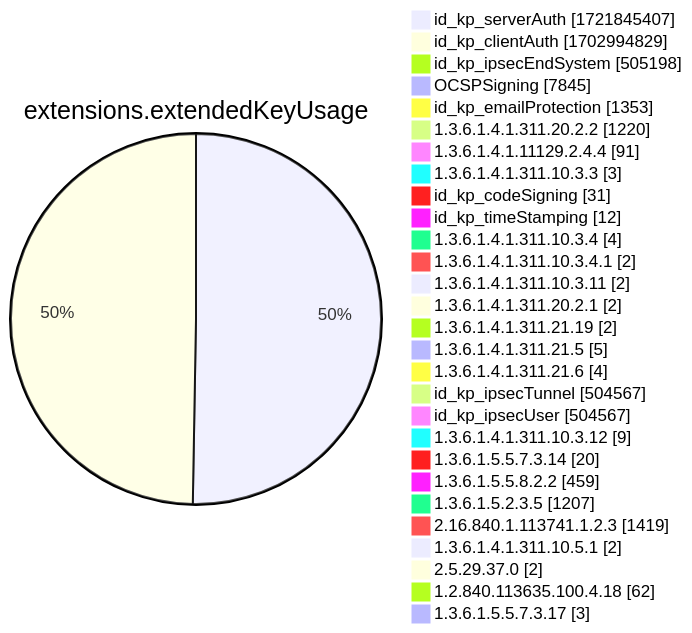
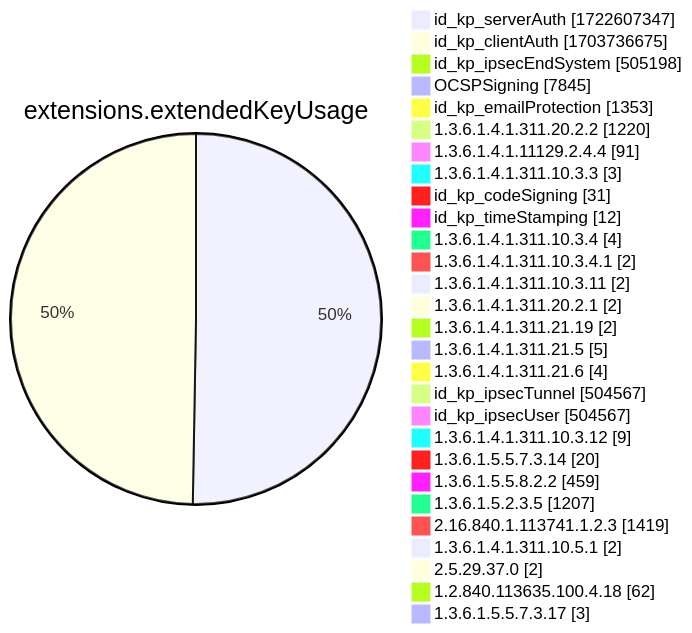
One commit to christiankrug/ctmonitor_visualization changed diagram 12 of 15 in xenon2022/README.md. Above: the diagram before and after it, drawn with Mermaid. The commit also changed other lines of this file, not shown here.

````diff
--- a/xenon2022/README.md
+++ b/xenon2022/README.md
@@ -3889,32 +3889,32 @@
 ```mermaid
 pie showData
 title extensions.extendedKeyUsage
-"id_kp_serverAuth" :1721845407
-"id_kp_clientAuth" :1702994829
+"id_kp_serverAuth" :1722607347
+"id_kp_clientAuth" :1703736675
 "id_kp_ipsecEndSystem" :505198
 "OCSPSigning" :7845
 "id_kp_emailProtection" :1353
 "1.3.6.1.4.1.311.20.2.2" :1220
 "1.3.6.1.4.1.11129.2.4.4" :91
 "1.3.6.1.4.1.311.10.3.3" :3
 "id_kp_codeSigning" :31
 "id_kp_timeStamping" :12
 "1.3.6.1.4.1.311.10.3.4" :4
 "1.3.6.1.4.1.311.10.3.4.1" :2
 "1.3.6.1.4.1.311.10.3.11" :2
 "1.3.6.1.4.1.311.20.2.1" :2
 "1.3.6.1.4.1.311.21.19" :2
 "1.3.6.1.4.1.311.21.5" :5
 "1.3.6.1.4.1.311.21.6" :4
 "id_kp_ipsecTunnel" :504567
 "id_kp_ipsecUser" :504567
 "1.3.6.1.4.1.311.10.3.12" :9
 "1.3.6.1.5.5.7.3.14" :20
 "1.3.6.1.5.5.8.2.2" :459
 "1.3.6.1.5.2.3.5" :1207
 "2.16.840.1.113741.1.2.3" :1419
 "1.3.6.1.4.1.311.10.5.1" :2
 "2.5.29.37.0" :2
 "1.2.840.113635.100.4.18" :62
 "1.3.6.1.5.5.7.3.17" :3
 ```
````
